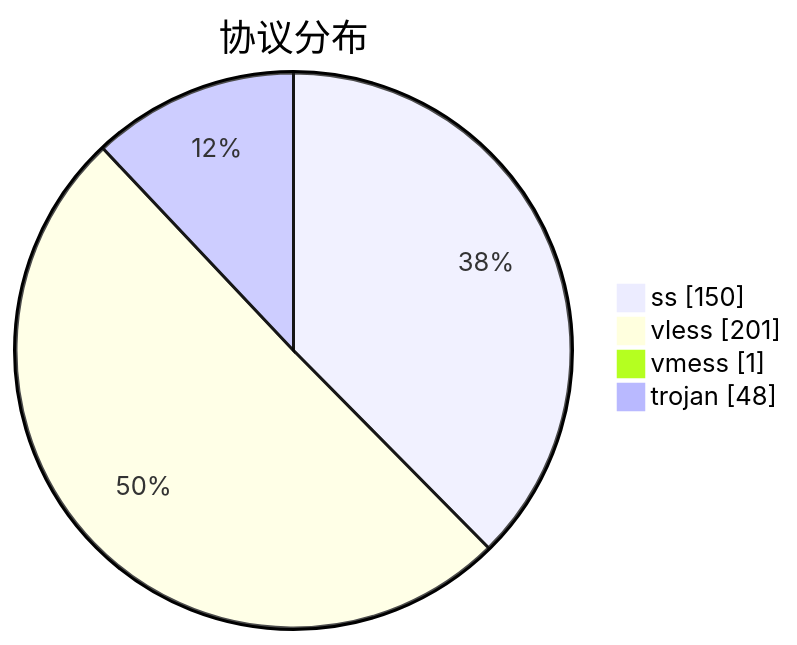
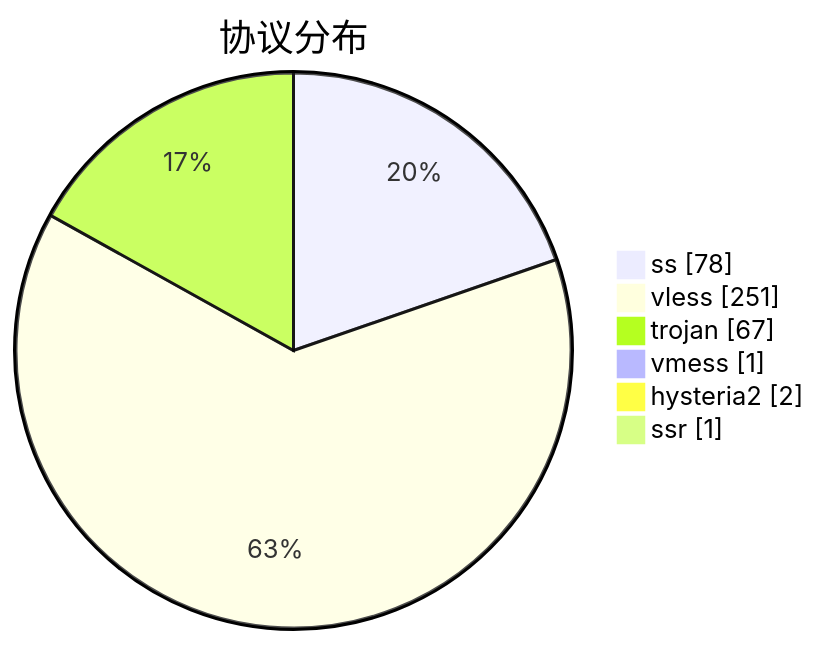
Before and after one commit to qjlxg/airport: the third of 3 diagrams in subs/statistics/tested_within.md, drawn with Mermaid. The commit also changed other lines of this file and 2 other files, not shown here.

````diff
--- a/subs/statistics/tested_within.md
+++ b/subs/statistics/tested_within.md
@@ -40,8 +35,10 @@
 ```mermaid
 pie showData
 title 协议分布
-"ss" : 150
-"vless" : 201
+"ss" : 78
+"vless" : 251
+"trojan" : 67
 "vmess" : 1
-"trojan" : 48
+"hysteria2" : 2
+"ssr" : 1
 ```
````
